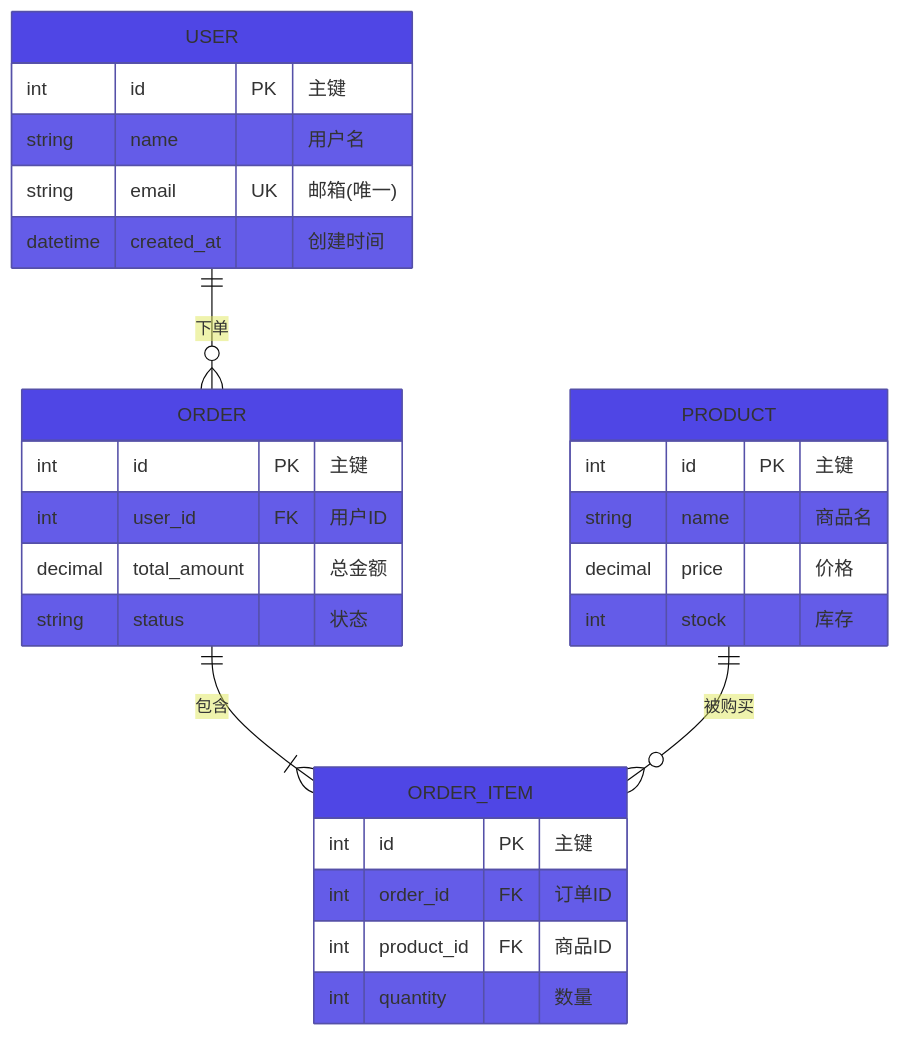
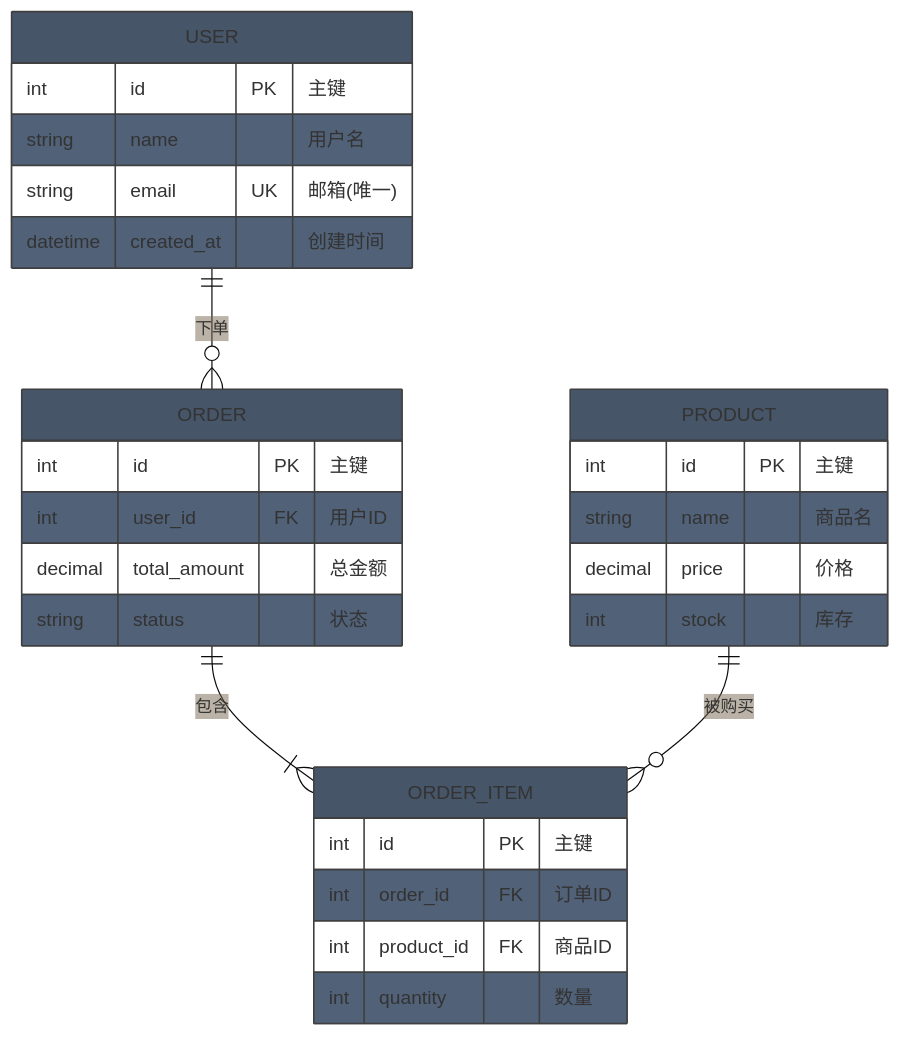
The ninth of 17 diagrams in mermaid-generator/SKILL.md (unix2dos/skills), drawn with Mermaid before and after one commit. The commit also changed other lines of this file, not shown here.

````diff
--- a/mermaid-generator/SKILL.md
+++ b/mermaid-generator/SKILL.md
@@ -296,34 +296,34 @@
 ```mermaid
-%%{init: {'theme': 'base', 'themeVariables': {'primaryColor': '#4F46E5'}}}%%
+%%{init: {'theme': 'base', 'themeVariables': {'primaryColor': '#475569'}}}%%
 erDiagram
     USER ||--o{ ORDER : "下单"
     USER {
         int id PK "主键"
         string name "用户名"
         string email UK "邮箱(唯一)"
         datetime created_at "创建时间"
     }
 
     ORDER ||--|{ ORDER_ITEM : "包含"
     ORDER {
         int id PK "主键"
         int user_id FK "用户ID"
         decimal total_amount "总金额"
         string status "状态"
     }
 
     PRODUCT ||--o{ ORDER_ITEM : "被购买"
     PRODUCT {
         int id PK "主键"
         string name "商品名"
         decimal price "价格"
         int stock "库存"
     }
 
     ORDER_ITEM {
         int id PK "主键"
         int order_id FK "订单ID"
         int product_id FK "商品ID"
         int quantity "数量"
     }
 ```
````
